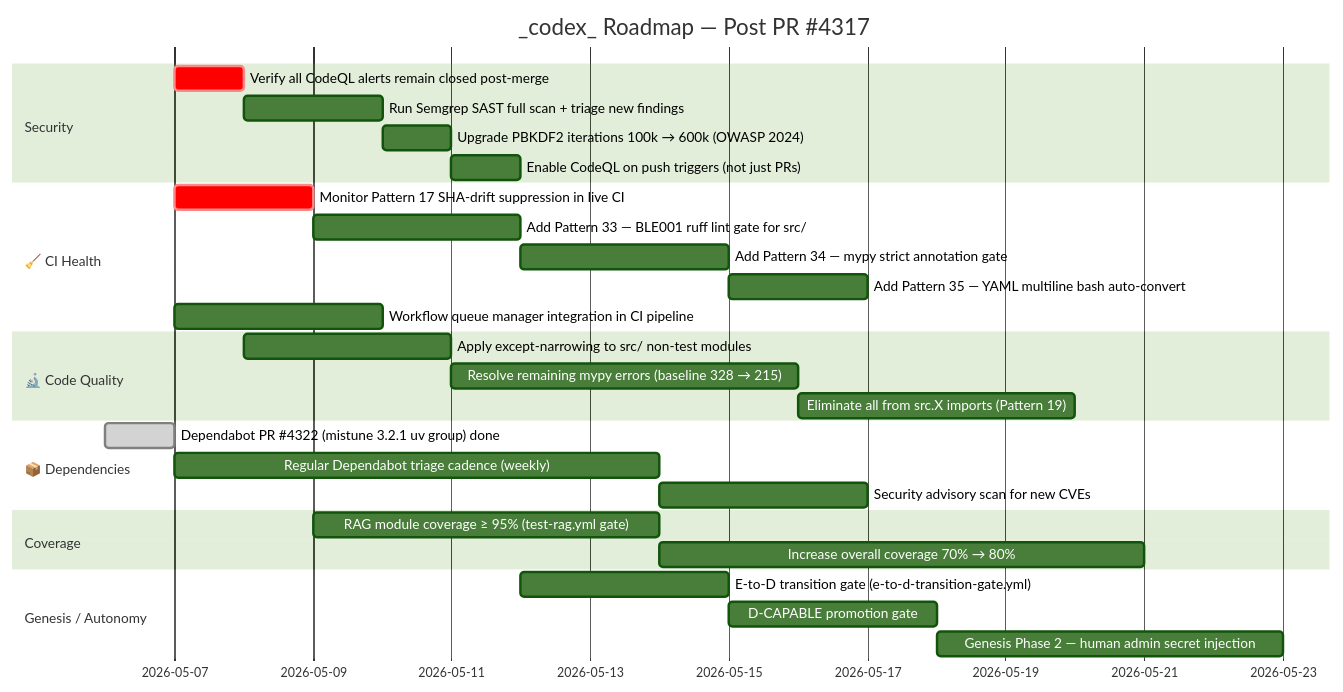
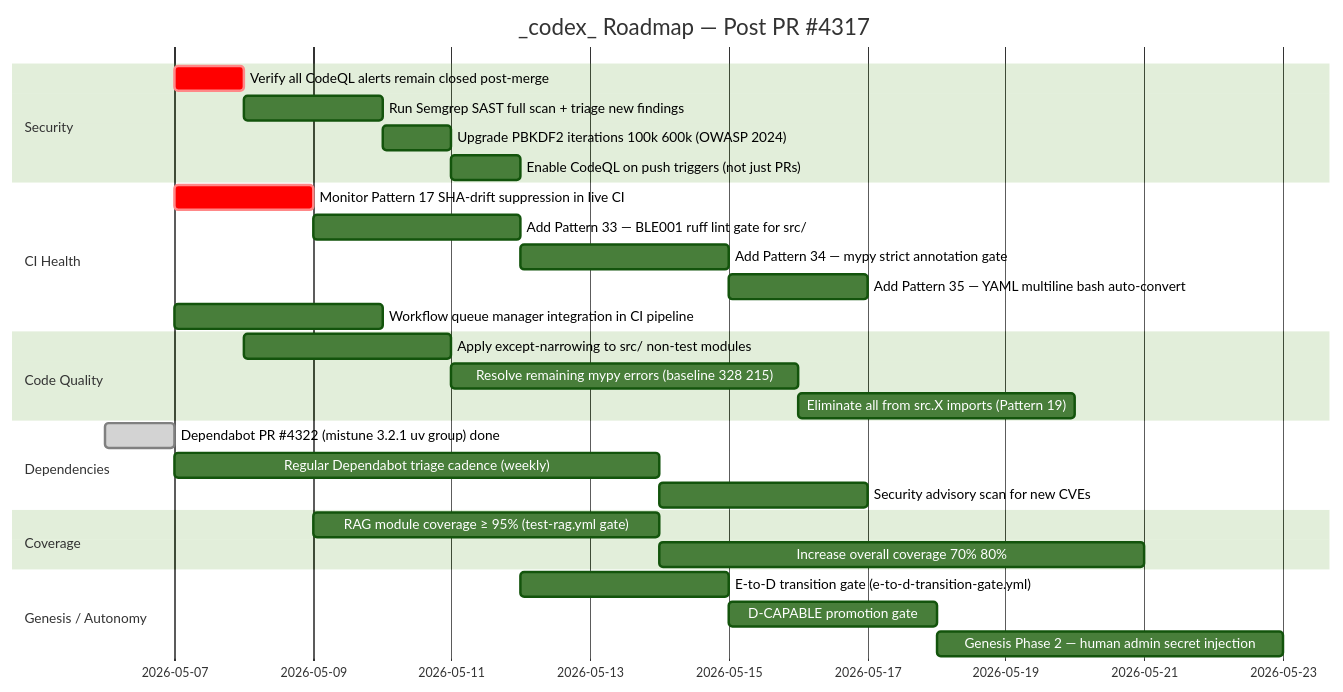
The fifth of 16 diagrams in docs/roadmap/PR4317_whats_next.md (Aries-Serpent/_codex_), drawn with Mermaid (forest theme) before and after one commit. The commit also changed other lines of this file and 4117 other files, not shown here.

````diff
--- a/docs/roadmap/PR4317_whats_next.md
+++ b/docs/roadmap/PR4317_whats_next.md
@@ -379,32 +389,33 @@
 ```mermaid
 %%{init: {'accessibility': {'title': 'Diagram'}}%%
+
 gantt
-    title _codex_ Roadmap — Post PR #4317
-    dateFormat  YYYY-MM-DD
-    section  Security
-        Verify all CodeQL alerts remain closed post-merge     :crit, sec0, 2026-05-07, 1d
-        Run Semgrep SAST full scan + triage new findings       :sec1, after sec0, 2d
-        Upgrade PBKDF2 iterations 100k → 600k (OWASP 2024)    :sec2, after sec1, 1d
-        Enable CodeQL on push triggers (not just PRs)          :sec3, after sec2, 1d
-    section 🧹 CI Health
-        Monitor Pattern 17 SHA-drift suppression in live CI    :crit, ci0, 2026-05-07, 2d
-        Add Pattern 33 — BLE001 ruff lint gate for src/        :ci1, after ci0, 3d
-        Add Pattern 34 — mypy strict annotation gate           :ci2, after ci1, 3d
-        Add Pattern 35 — YAML multiline bash auto-convert      :ci3, after ci2, 2d
-        Workflow queue manager integration in CI pipeline      :ci4, 2026-05-07, 3d
-    section 🔬 Code Quality
-        Apply except-narrowing to src/ non-test modules        :q1, 2026-05-08, 3d
-        Resolve remaining mypy errors (baseline 328 → 215)     :q2, after q1, 5d
-        Eliminate all from src.X imports (Pattern 19)          :q3, after q2, 4d
-    section 📦 Dependencies
-        Dependabot PR #4322 (mistune 3.2.1 uv group)  done   :done, dep0, 2026-05-06, 1d
-        Regular Dependabot triage cadence (weekly)             :dep2, 2026-05-07, 7d
-        Security advisory scan for new CVEs                    :dep3, after dep2, 3d
-    section  Coverage
-        RAG module coverage ≥ 95% (test-rag.yml gate)          :cov1, 2026-05-09, 5d
-        Increase overall coverage 70% → 80%                    :cov2, after cov1, 7d
-    section  Genesis / Autonomy
-        E-to-D transition gate (e-to-d-transition-gate.yml)    :gen1, 2026-05-12, 3d
-        D-CAPABLE promotion gate                               :gen2, after gen1, 3d
-        Genesis Phase 2 — human admin secret injection         :gen3, after gen2, 5d
+ title _codex_ Roadmap — Post PR #4317
+ dateFormat YYYY-MM-DD
+ section Security
+ Verify all CodeQL alerts remain closed post-merge :crit, sec0, 2026-05-07, 1d
+ Run Semgrep SAST full scan + triage new findings :sec1, after sec0, 2d
+ Upgrade PBKDF2 iterations 100k 600k (OWASP 2024) :sec2, after sec1, 1d
+ Enable CodeQL on push triggers (not just PRs) :sec3, after sec2, 1d
+ section CI Health
+ Monitor Pattern 17 SHA-drift suppression in live CI :crit, ci0, 2026-05-07, 2d
+ Add Pattern 33 — BLE001 ruff lint gate for src/ :ci1, after ci0, 3d
+ Add Pattern 34 — mypy strict annotation gate :ci2, after ci1, 3d
+ Add Pattern 35 — YAML multiline bash auto-convert :ci3, after ci2, 2d
+ Workflow queue manager integration in CI pipeline :ci4, 2026-05-07, 3d
+ section Code Quality
+ Apply except-narrowing to src/ non-test modules :q1, 2026-05-08, 3d
+ Resolve remaining mypy errors (baseline 328 215) :q2, after q1, 5d
+ Eliminate all from src.X imports (Pattern 19) :q3, after q2, 4d
+ section Dependencies
+ Dependabot PR #4322 (mistune 3.2.1 uv group) done :done, dep0, 2026-05-06, 1d
+ Regular Dependabot triage cadence (weekly) :dep2, 2026-05-07, 7d
+ Security advisory scan for new CVEs :dep3, after dep2, 3d
+ section Coverage
+ RAG module coverage ≥ 95% (test-rag.yml gate) :cov1, 2026-05-09, 5d
+ Increase overall coverage 70% 80% :cov2, after cov1, 7d
+ section Genesis / Autonomy
+ E-to-D transition gate (e-to-d-transition-gate.yml) :gen1, 2026-05-12, 3d
+ D-CAPABLE promotion gate :gen2, after gen1, 3d
+ Genesis Phase 2 — human admin secret injection :gen3, after gen2, 5d
 ```
````
